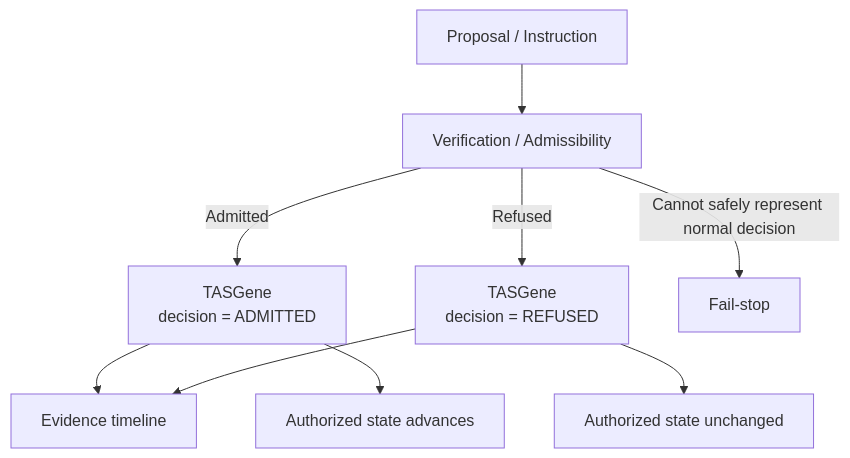
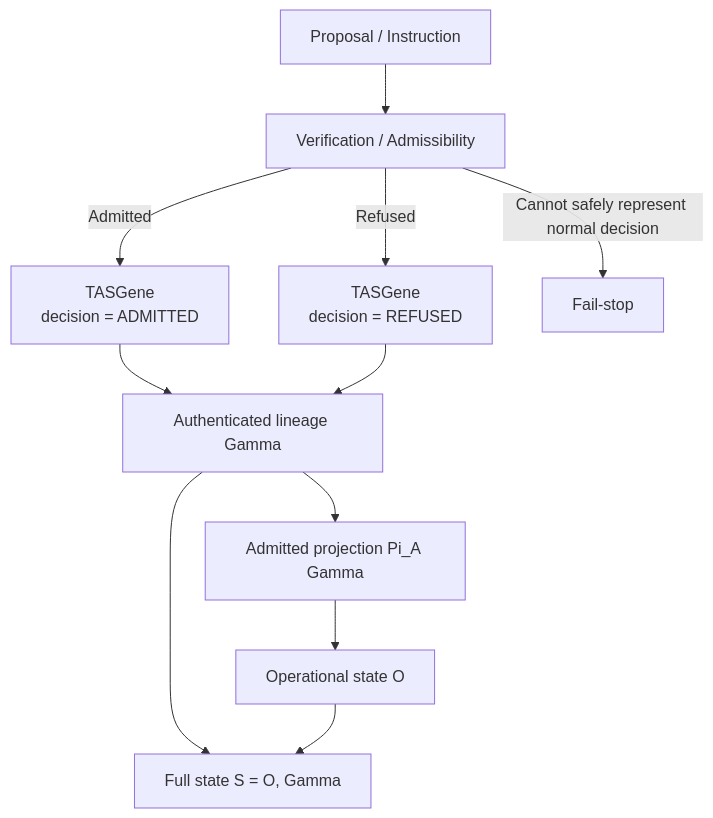
Before and after one commit to Sovereign-Data-Foundation/truealpha-spiral-explainer: the first of 3 diagrams in diagrams/state-transition.md, drawn with Mermaid. The commit also changed other lines of this file, not shown here.

Commit message:
Show TAS_DNA relation to full state and admitted projection

````diff
--- a/diagrams/state-transition.md
+++ b/diagrams/state-transition.md
@@ -3,13 +3,15 @@
 ```mermaid
 flowchart TD
     P[Proposal / Instruction] --> V[Verification / Admissibility]
     V -->|Admitted| GA[TASGene<br/>decision = ADMITTED]
     V -->|Refused| GR[TASGene<br/>decision = REFUSED]
     V -->|Cannot safely represent normal decision| F[Fail-stop]
 
-    GA --> E[Evidence timeline]
-    GR --> E
+    GA --> G[Authenticated lineage Gamma]
+    GR --> G
 
-    GA --> S1[Authorized state advances]
-    GR --> S0[Authorized state unchanged]
+    G --> A[Admitted projection Pi_A Gamma]
+    A --> O[Operational state O]
+    G --> S[Full state S = O, Gamma]
+    O --> S
 ```
````
